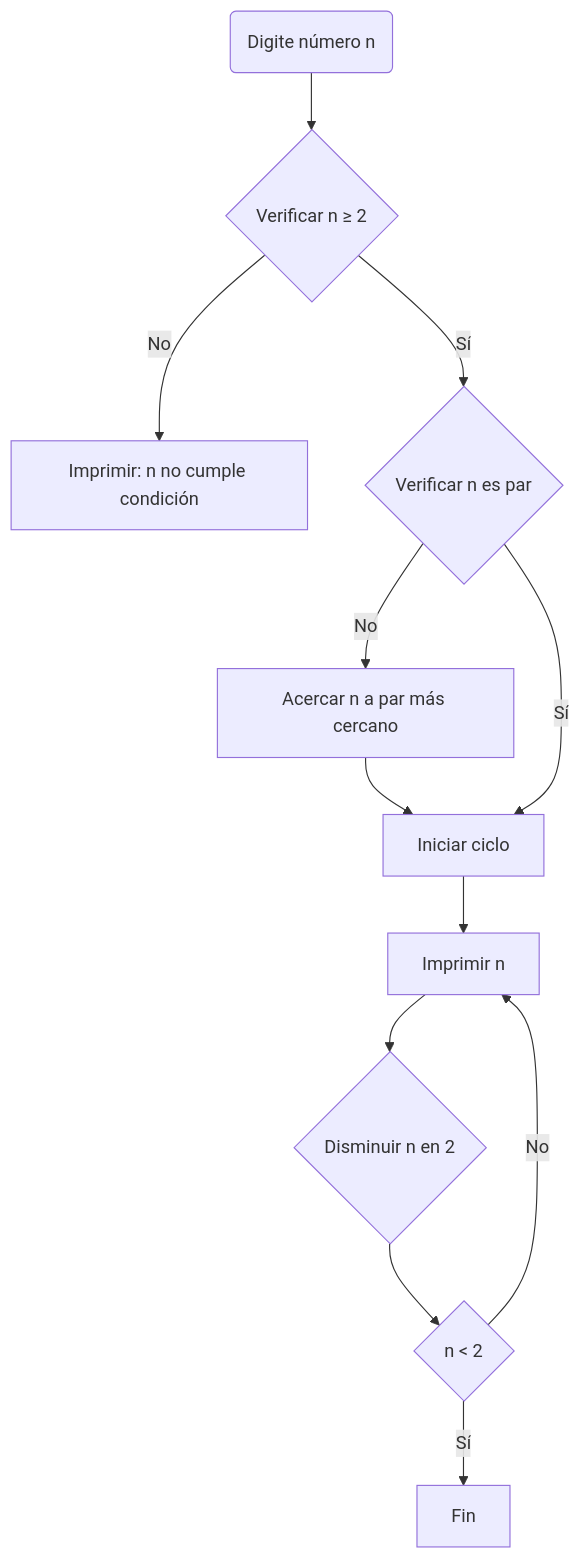
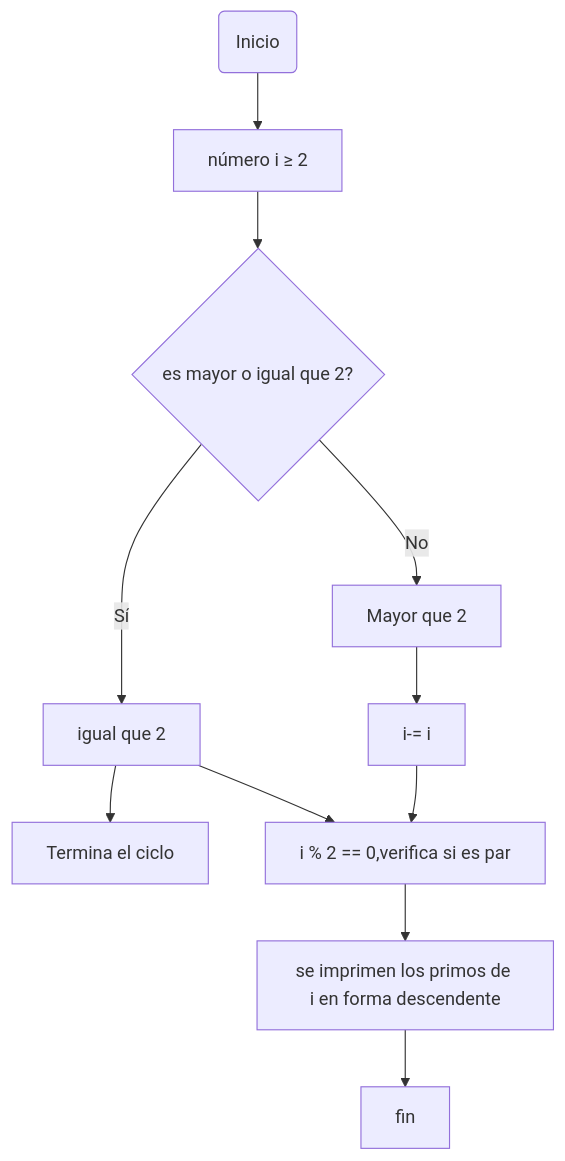
The third of 3 diagrams in README.md (Pablofcf/Reto_7), drawn with Mermaid before and after one commit.

````diff
--- a/README.md
+++ b/README.md
@@ -52,14 +52,13 @@
 ```mermaid
-graph TD;
-    A(Digite número n) --> B{Verificar n ≥ 2}
-    B -- No --> C[Imprimir: n no cumple condición]
-    B -- Sí --> D{Verificar n es par}
-    D -- No --> E[Acercar n a par más cercano]
-    E --> F[Iniciar ciclo]
-    D -- Sí --> F
-    F --> G[Imprimir n]
-    G --> H{Disminuir n en 2}
-    H --> I{n < 2}
-    I -- Sí --> J[Fin]
-    I -- No --> G
+flowchart TD;
+    A(Inicio) --> B[número i ≥ 2];
+    B -->C
+    C{es mayor o igual que 2?} -- Sí --> D[igual que 2];
+    C-- No --> d[Mayor que 2];
+    D-->E[Termina el ciclo] 
+    d-->F[i-= i]
+    D-->g
+    F-->g[i % 2 == 0,verifica si es par]
+    g-->i[se imprimen los primos de i en forma descendente]
+    i-->y[fin]
 ```
````
